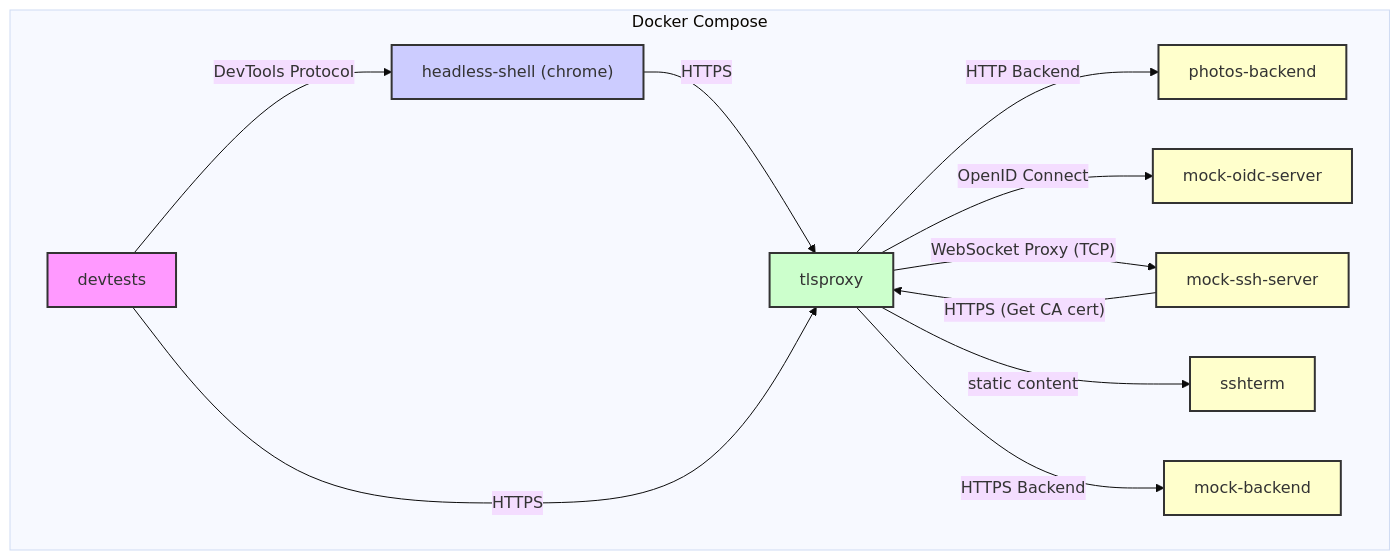
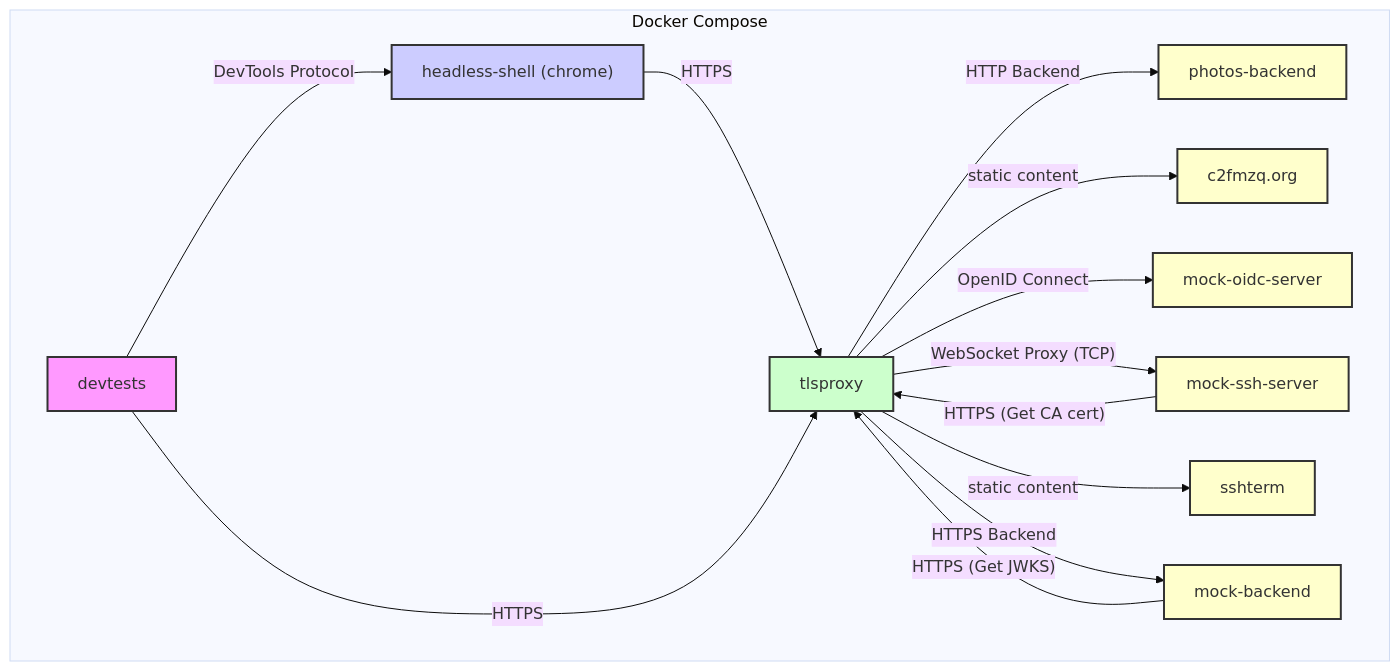
The diagram in README.md (c2FmZQ/integration-tests), drawn with Mermaid (base theme) before and after one commit. The commit also changed other lines of this file and 6 other files, not shown here.

Commit message:
Add c2fmzq.org website, and login via c2fmzq org/pwa (#11)

````diff
--- a/README.md
+++ b/README.md
@@ -9,23 +9,26 @@
 ```mermaid
 graph TD
     subgraph "Docker Compose"
         A[devtests] -->|DevTools Protocol| B["headless-shell (chrome)"];
         B -->|HTTPS| C[tlsproxy];
         A -->|HTTPS| C;
         C -->|HTTP Backend| D[photos-backend];
-        C -->|"OpenID Connect"| E[mock-oidc-server];
-        C -->|"WebSocket Proxy (TCP)"| F[mock-ssh-server];
-        F -->|"HTTPS (Get CA cert)"| C;
-        C -->|static content| G[sshterm];
-        C -->|HTTPS Backend| H[mock-backend];
+        C -->|static content| E[c2fmzq.org];
+        C -->|"OpenID Connect"| F[mock-oidc-server];
+        C -->|"WebSocket Proxy (TCP)"| G[mock-ssh-server];
+        G -->|"HTTPS (Get CA cert)"| C;
+        C -->|static content| H[sshterm];
+        C -->|HTTPS Backend| I[mock-backend];
+        I -->|"HTTPS (Get JWKS)"| C
     end
 
     style A fill:#f9f,stroke:#333,stroke-width:2px
     style B fill:#ccf,stroke:#333,stroke-width:2px
     style C fill:#cfc,stroke:#333,stroke-width:2px
     style D fill:#ffc,stroke:#333,stroke-width:2px
     style E fill:#ffc,stroke:#333,stroke-width:2px
     style F fill:#ffc,stroke:#333,stroke-width:2px
     style G fill:#ffc,stroke:#333,stroke-width:2px
     style H fill:#ffc,stroke:#333,stroke-width:2px
+    style I fill:#ffc,stroke:#333,stroke-width:2px
 ```
````
